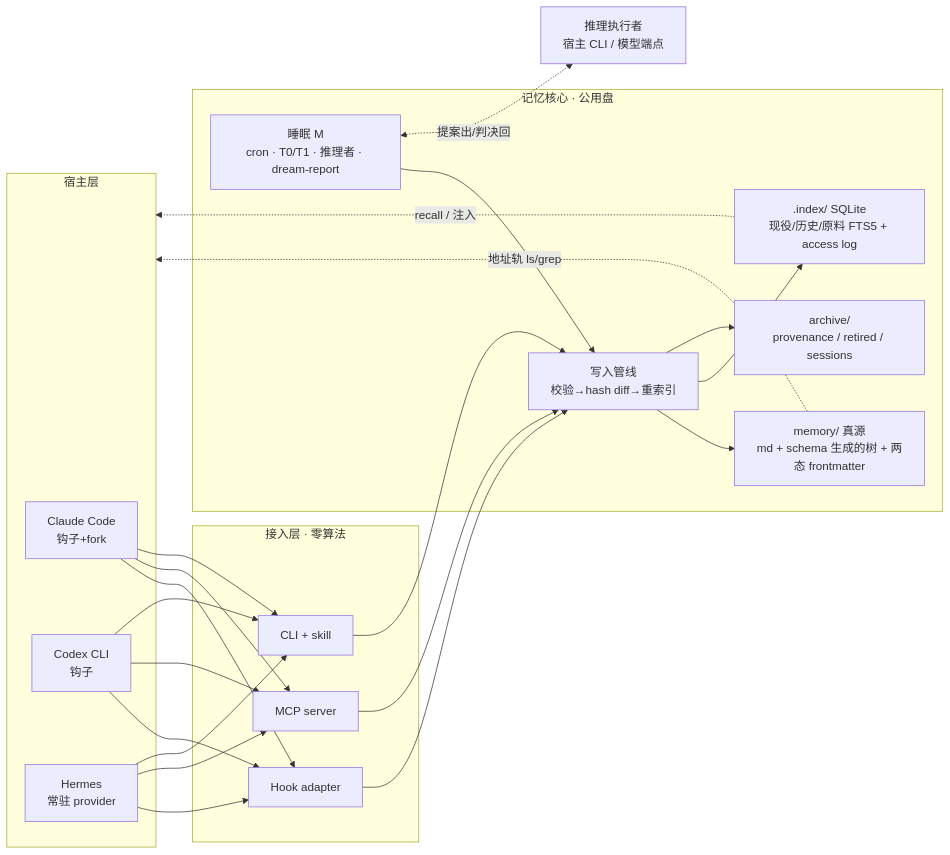
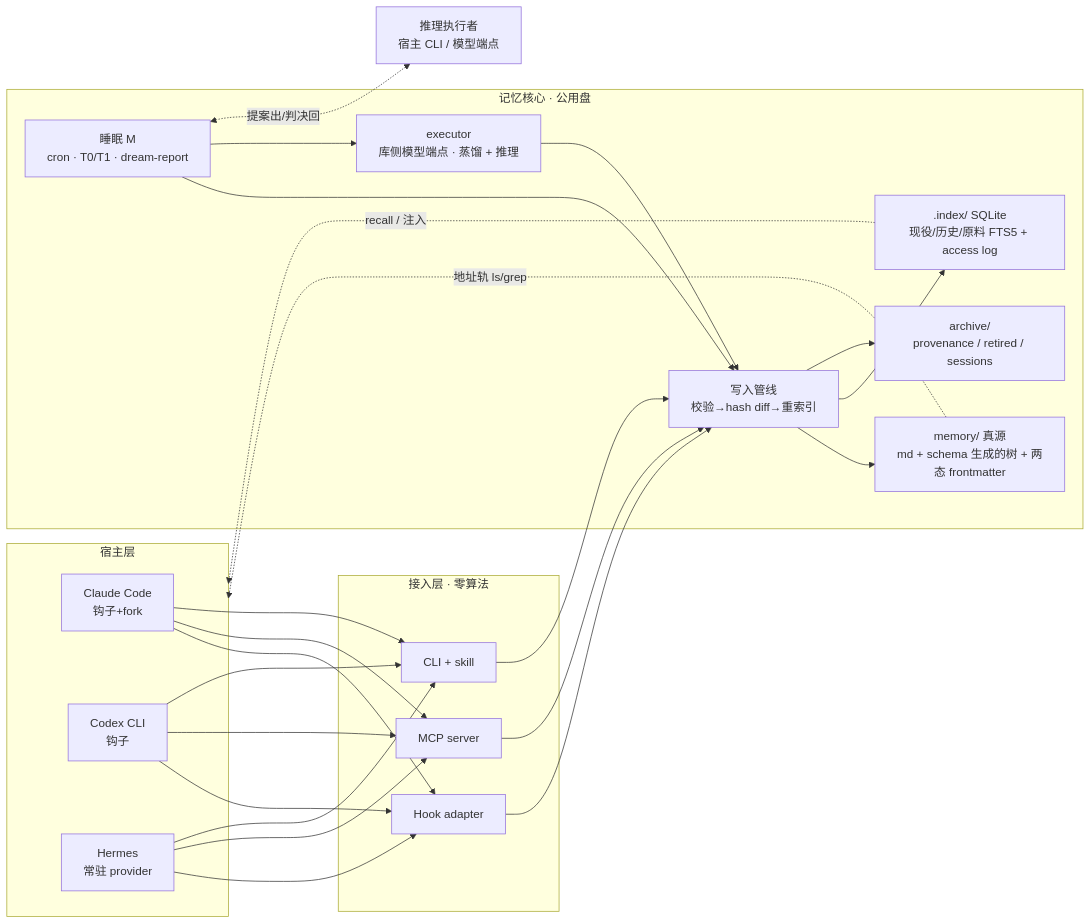
Before and after one commit to tigerless-labs/agent-memory: the diagram in docs/design/architecture/overview.md, drawn with Mermaid. The commit also changed other lines of this file and 8 other files, not shown here.

````diff
--- a/docs/design/architecture/overview.md
+++ b/docs/design/architecture/overview.md
@@ -7,27 +7,30 @@
 ```mermaid
 flowchart LR
   subgraph hosts[宿主层]
     CC[Claude Code<br/>钩子+fork]
     CX[Codex CLI<br/>钩子]
     HM[Hermes<br/>常驻 provider]
   end
   subgraph adapters[接入层 · 零算法]
     HK[Hook adapter]
     MCP[MCP server]
     CLI[CLI + skill]
   end
   subgraph core[记忆核心 · 公用盘]
     T[memory/ 真源<br/>md + schema 生成的树 + 两态 frontmatter]
     P[写入管线<br/>校验→hash diff→重索引]
     I[.index/ SQLite<br/>现役/历史/原料 FTS5 + access log]
     A[archive/<br/>provenance / retired / sessions]
-    M[睡眠 M<br/>cron · T0/T1 · 推理者 · dream-report]
+    M[睡眠 M<br/>cron · T0/T1 · dream-report]
+    X[executor<br/>库侧模型端点 · 蒸馏 + 推理]
   end
   RS[推理执行者<br/>宿主 CLI / 模型端点]
   CC & CX & HM --> HK & MCP & CLI --> P
   P --> T & I & A
   M --> P
+  X --> P
+  M --> X
   M <-. "提案出/判决回" .-> RS
   I -. "recall / 注入" .-> hosts
   T -. "地址轨 ls/grep" .-> hosts
 ```
````
